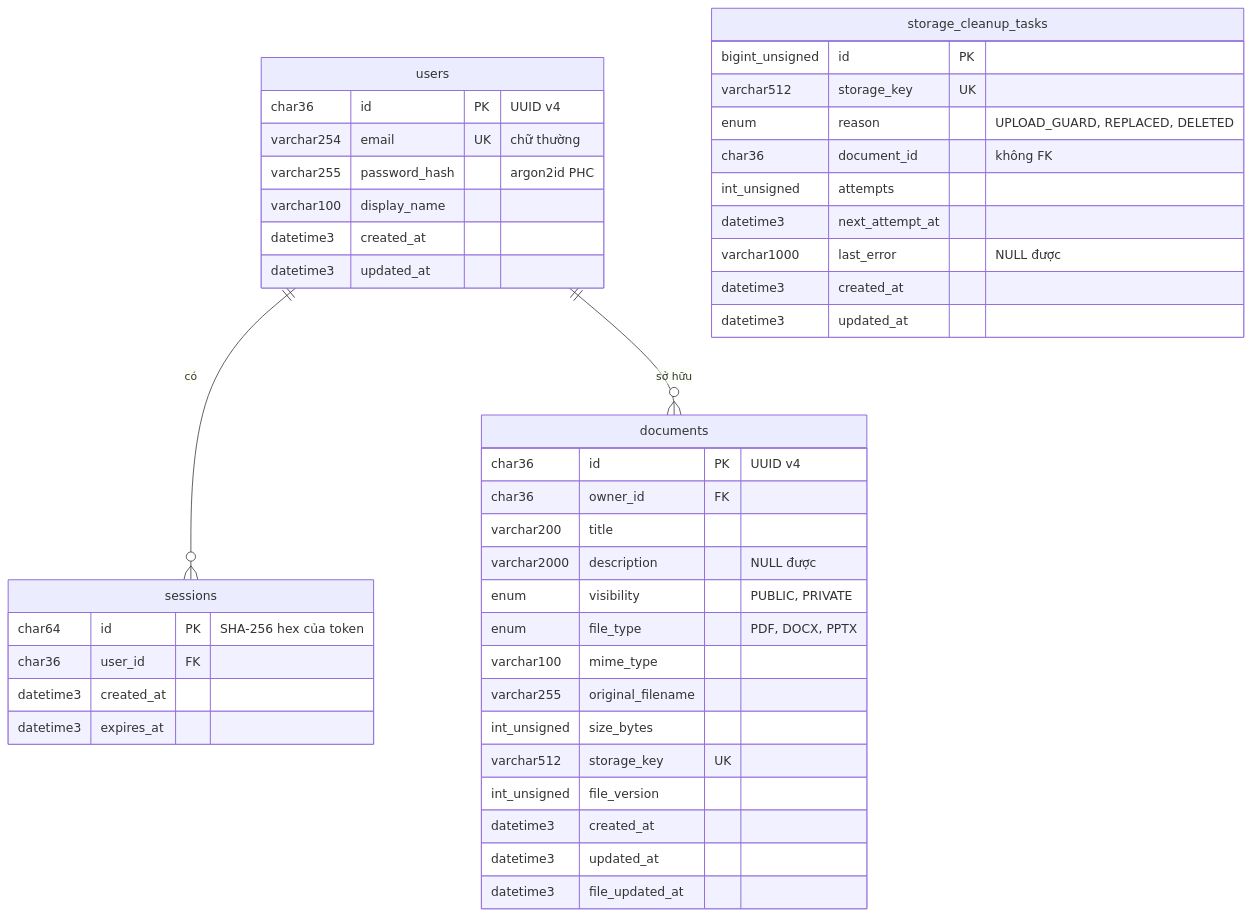
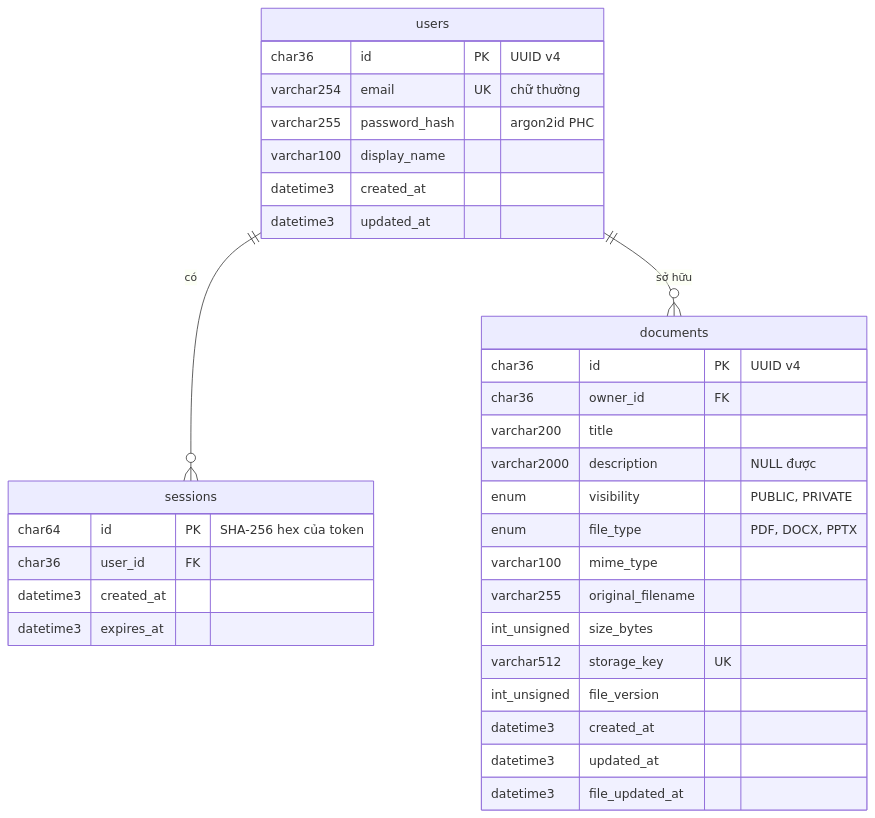
One commit to august0362/btl_cloud changed diagram 18 of 38 in docs/ARCHITECTURE.md. Above: the diagram before and after it, drawn with Mermaid. The commit also changed other lines of this file and 1 other file, not shown here.

````diff
--- a/docs/ARCHITECTURE.md
+++ b/docs/ARCHITECTURE.md
@@ -848,46 +791,35 @@
 ```mermaid
 erDiagram
   users ||--o{ sessions : "có"
   users ||--o{ documents : "sở hữu"
   users {
     char36 id PK "UUID v4"
     varchar254 email UK "chữ thường"
     varchar255 password_hash "argon2id PHC"
     varchar100 display_name
     datetime3 created_at
     datetime3 updated_at
   }
   sessions {
     char64 id PK "SHA-256 hex của token"
     char36 user_id FK
     datetime3 created_at
     datetime3 expires_at
   }
   documents {
     char36 id PK "UUID v4"
     char36 owner_id FK
     varchar200 title
     varchar2000 description "NULL được"
     enum visibility "PUBLIC, PRIVATE"
     enum file_type "PDF, DOCX, PPTX"
     varchar100 mime_type
     varchar255 original_filename
     int_unsigned size_bytes
     varchar512 storage_key UK
     int_unsigned file_version
     datetime3 created_at
     datetime3 updated_at
     datetime3 file_updated_at
   }
-  storage_cleanup_tasks {
-    bigint_unsigned id PK
-    varchar512 storage_key UK
-    enum reason "UPLOAD_GUARD, REPLACED, DELETED"
-    char36 document_id "không FK"
-    int_unsigned attempts
-    datetime3 next_attempt_at
-    varchar1000 last_error "NULL được"
-    datetime3 created_at
-    datetime3 updated_at
-  }
 ```
````
